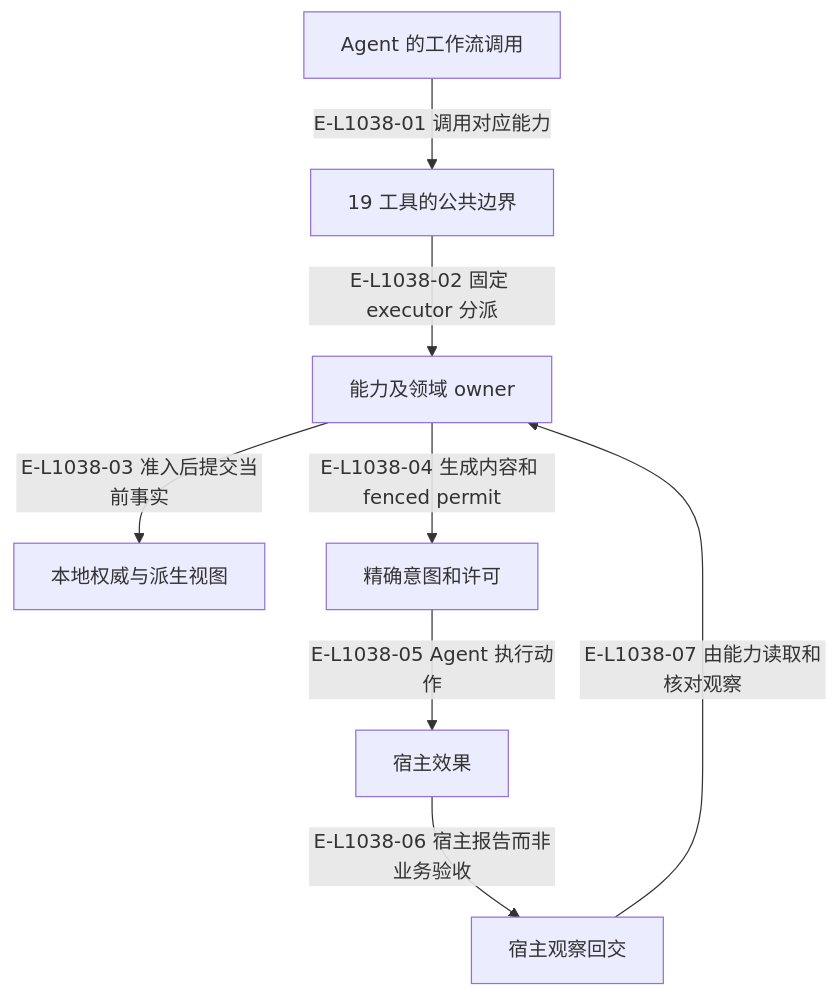
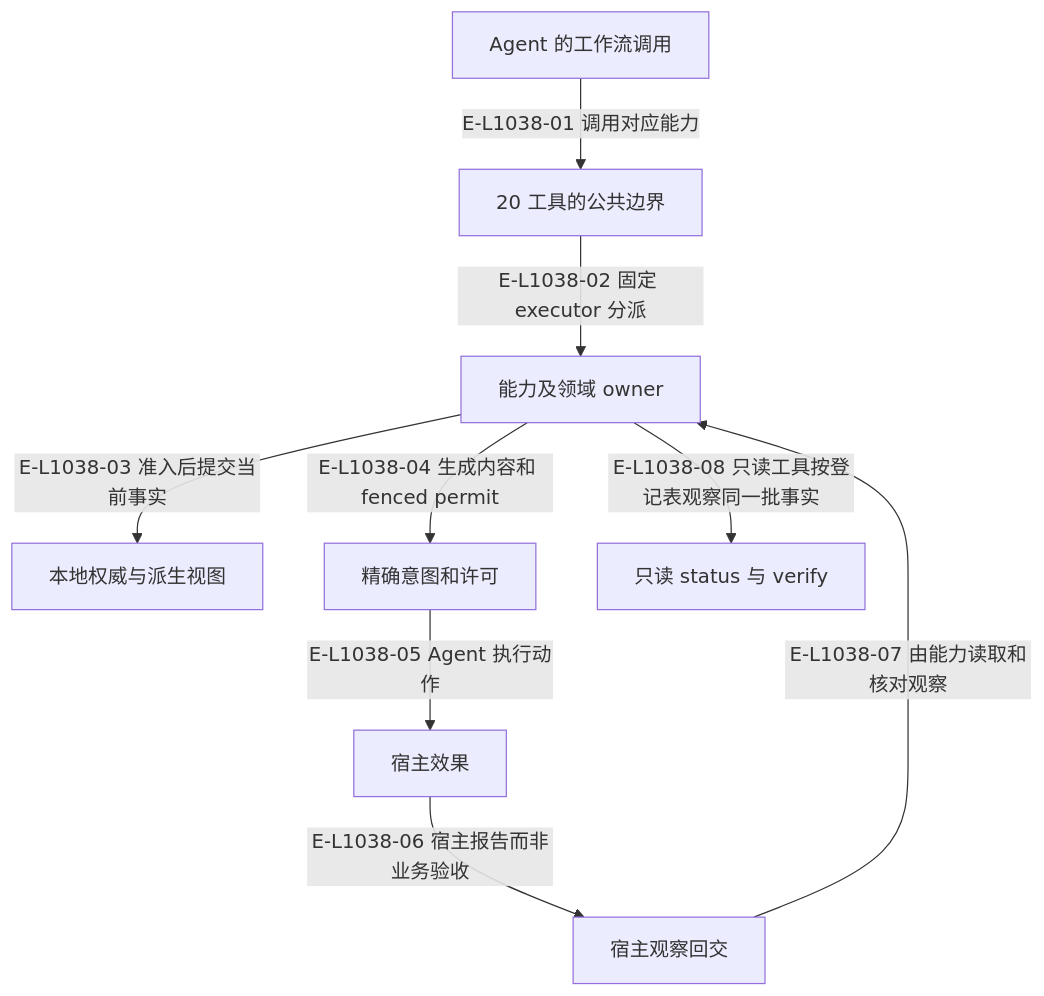
One commit to GxFn/Wakeflow changed the diagram in wakeflow-architecture-atlas/maps/09-public-mcp-host-seams/README.md. Above: the diagram before and after it, drawn with Mermaid. The commit also changed other lines of this file and 61 other files, not shown here.

````diff
--- a/wakeflow-architecture-atlas/maps/09-public-mcp-host-seams/README.md
+++ b/wakeflow-architecture-atlas/maps/09-public-mcp-host-seams/README.md
@@ -199,19 +200,21 @@
 ```mermaid
 flowchart TB
   accTitle: 内容与状态通道的分工
   accDescr: 内容与状态通道的分工；箭头区分当前代码步骤、返回事实与明确的条件。
   agent["Agent 的工作流调用"]
-  mcp["19 工具的公共边界"]
+  mcp["20 工具的公共边界"]
   caps["能力及领域 owner"]
   local["本地权威与派生视图"]
   permit["精确意图和许可"]
   host["宿主效果"]
   hook["宿主观察回交"]
+  read["只读 status 与 verify"]
   agent -->|"E-L1038-01 调用对应能力"| mcp
   mcp -->|"E-L1038-02 固定 executor 分派"| caps
   caps -->|"E-L1038-03 准入后提交当前事实"| local
   caps -->|"E-L1038-04 生成内容和 fenced permit"| permit
   permit -->|"E-L1038-05 Agent 执行动作"| host
   host -->|"E-L1038-06 宿主报告而非业务验收"| hook
   hook -->|"E-L1038-07 由能力读取和核对观察"| caps
+  caps -->|"E-L1038-08 只读工具按登记表观察同一批事实"| read
 ```
````
